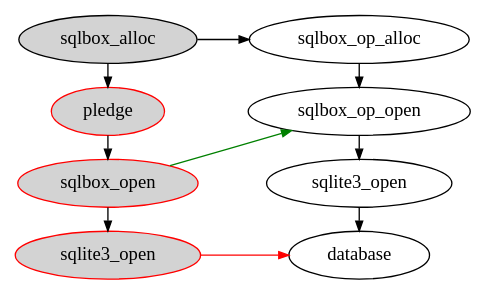
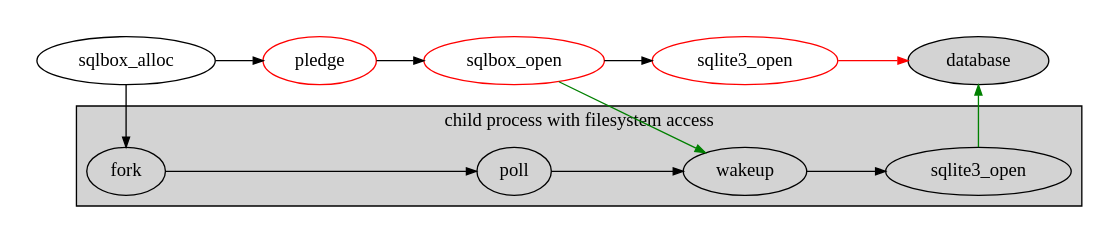
Before and after one commit to wangfuli217/sqlbox: the diagram in index.dot, drawn with Graphviz. The commit also changed 3 other files, not shown here.

```diff
--- a/index.dot
+++ b/index.dot
@@ -1,25 +1,35 @@
 strict digraph G {
+	splines="line";
 	rankdir="LR";
-	splines="line";
+	newrank=true;
 	edge[arrowsize=0.75];
 
-	{ rank=same;
-	  node[style=filled, fillcolor=lightgrey];
+	subgraph cluster_1 {
+	  style=invis;
 	  a0[label="sqlbox_alloc"];
 	  a1[label="pledge", color=red];
 	  a2[label="sqlbox_open", color=red];
 	  a3[label="sqlite3_open", color=red]; }
 
-	{ rank=same;
-	  c0[label="sqlbox_op_alloc"];
-	  c2[label="sqlbox_op_open"];
-	  c3[label="sqlite3_open"];
-	  c4[label="database"]; }
+	subgraph cluster_0 {
+	  bgcolor=lightgrey;
+	  label="child process with filesystem access";
+	  node[group=right];
+	  c0[label="fork"];
+	  c1[label="poll"];
+	  c2[label="wakeup"];
+	  c3[label="sqlite3_open"]; }
+
+	db[label="database"; style=filled; bgcolor=lightgrey];
 
 	a0 -> a1 -> a2 -> a3;
-	c0 -> c2 -> c3 -> c4;
+	c0 -> c1 -> c2 -> c3;
 
-	a0 -> c0;
+	c3 -> db[color=green; constraint=false];
+	a3 -> db[color=red];
+
+	a0 -> c0[constraint=false];
 	a2 -> c2[color=green];
-	a3 -> c4[color=red];
+
+	{ rank=same; a0; c0; }
 }
```
